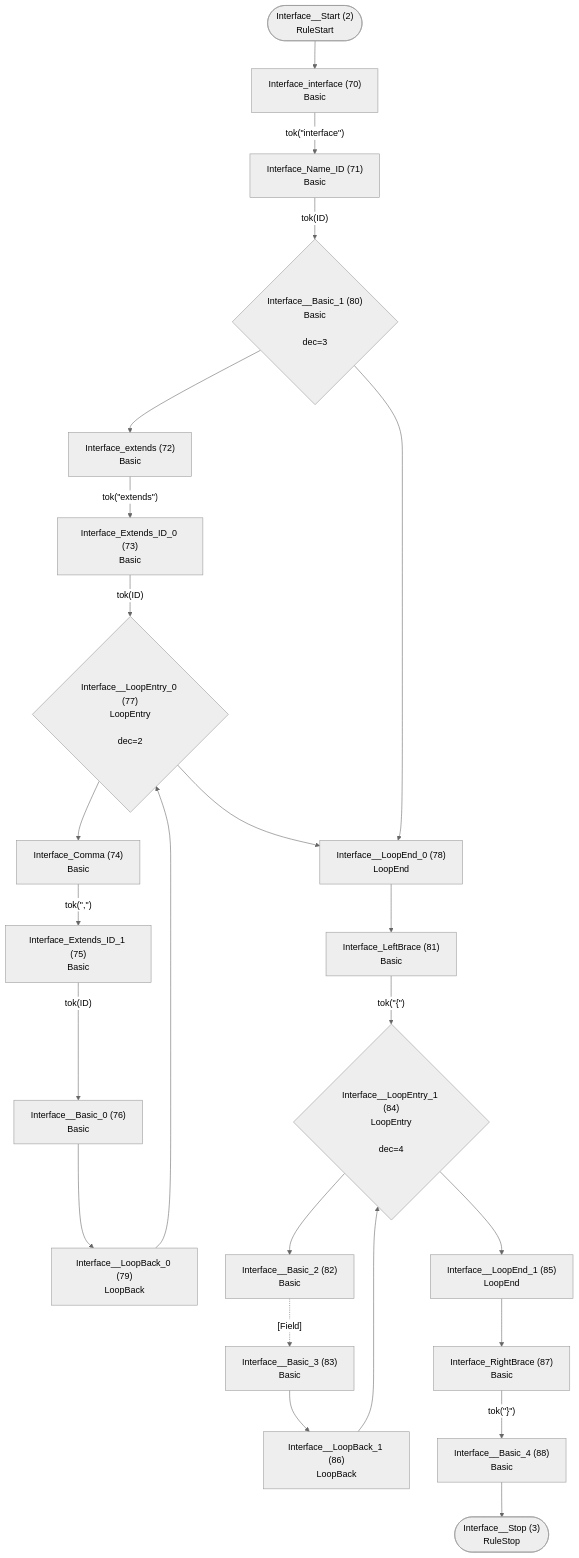
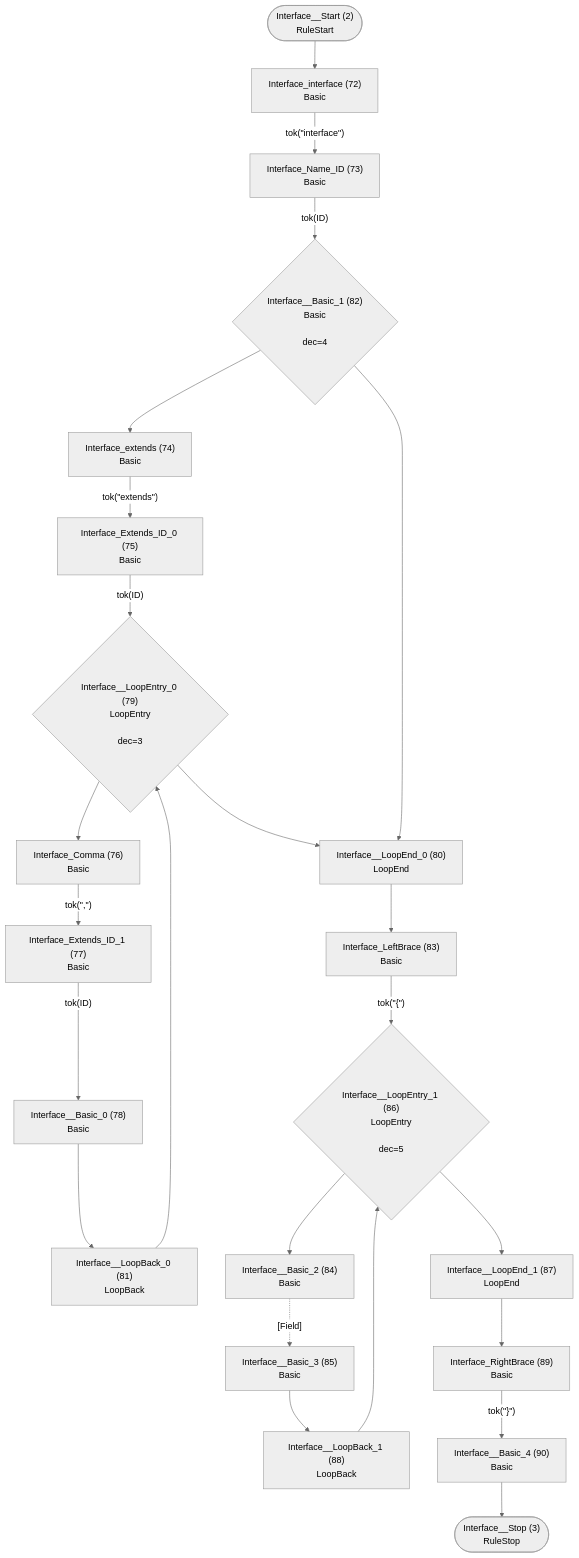
The second of 26 diagrams in internal/grammar/atn.md (TypeFox/fastbelt), drawn with Mermaid (neutral theme) before and after one commit. The commit also changed other lines of this file and 25 other files, not shown here.

````diff
--- a/internal/grammar/atn.md
+++ b/internal/grammar/atn.md
@@ -56,48 +61,48 @@
 ```mermaid
 flowchart TD
     q2(["Interface__Start (2)<br/>RuleStart"])
     q3(["Interface__Stop (3)<br/>RuleStop"])
-    q70["Interface_interface (70)<br/>Basic<br/>"]
-    q71["Interface_Name_ID (71)<br/>Basic<br/>"]
-    q72["Interface_extends (72)<br/>Basic<br/>"]
-    q73["Interface_Extends_ID_0 (73)<br/>Basic<br/>"]
-    q74["Interface_Comma (74)<br/>Basic<br/>"]
-    q75["Interface_Extends_ID_1 (75)<br/>Basic<br/>"]
-    q76["Interface__Basic_0 (76)<br/>Basic<br/>"]
-    q77{"Interface__LoopEntry_0 (77)<br/>LoopEntry<br/><br/>dec=2"}
-    q78["Interface__LoopEnd_0 (78)<br/>LoopEnd<br/>"]
-    q79["Interface__LoopBack_0 (79)<br/>LoopBack<br/>"]
-    q80{"Interface__Basic_1 (80)<br/>Basic<br/><br/>dec=3"}
-    q81["Interface_LeftBrace (81)<br/>Basic<br/>"]
-    q82["Interface__Basic_2 (82)<br/>Basic<br/>"]
-    q83["Interface__Basic_3 (83)<br/>Basic<br/>"]
-    q84{"Interface__LoopEntry_1 (84)<br/>LoopEntry<br/><br/>dec=4"}
-    q85["Interface__LoopEnd_1 (85)<br/>LoopEnd<br/>"]
-    q86["Interface__LoopBack_1 (86)<br/>LoopBack<br/>"]
-    q87["Interface_RightBrace (87)<br/>Basic<br/>"]
-    q88["Interface__Basic_4 (88)<br/>Basic<br/>"]
+    q72["Interface_interface (72)<br/>Basic<br/>"]
+    q73["Interface_Name_ID (73)<br/>Basic<br/>"]
+    q74["Interface_extends (74)<br/>Basic<br/>"]
+    q75["Interface_Extends_ID_0 (75)<br/>Basic<br/>"]
+    q76["Interface_Comma (76)<br/>Basic<br/>"]
+    q77["Interface_Extends_ID_1 (77)<br/>Basic<br/>"]
+    q78["Interface__Basic_0 (78)<br/>Basic<br/>"]
+    q79{"Interface__LoopEntry_0 (79)<br/>LoopEntry<br/><br/>dec=3"}
+    q80["Interface__LoopEnd_0 (80)<br/>LoopEnd<br/>"]
+    q81["Interface__LoopBack_0 (81)<br/>LoopBack<br/>"]
+    q82{"Interface__Basic_1 (82)<br/>Basic<br/><br/>dec=4"}
+    q83["Interface_LeftBrace (83)<br/>Basic<br/>"]
+    q84["Interface__Basic_2 (84)<br/>Basic<br/>"]
+    q85["Interface__Basic_3 (85)<br/>Basic<br/>"]
+    q86{"Interface__LoopEntry_1 (86)<br/>LoopEntry<br/><br/>dec=5"}
+    q87["Interface__LoopEnd_1 (87)<br/>LoopEnd<br/>"]
+    q88["Interface__LoopBack_1 (88)<br/>LoopBack<br/>"]
+    q89["Interface_RightBrace (89)<br/>Basic<br/>"]
+    q90["Interface__Basic_4 (90)<br/>Basic<br/>"]
 
-    q2 --> q70
-    q70 -->|"tok(&quot;interface&quot;)"| q71
-    q71 -->|"tok(ID)"| q80
-    q72 -->|"tok(&quot;extends&quot;)"| q73
-    q73 -->|"tok(ID)"| q77
-    q74 -->|"tok(&quot;,&quot;)"| q75
-    q75 -->|"tok(ID)"| q76
-    q76 --> q79
-    q77 --> q74
-    q77 --> q78
+    q2 --> q72
+    q72 -->|"tok(&quot;interface&quot;)"| q73
+    q73 -->|"tok(ID)"| q82
+    q74 -->|"tok(&quot;extends&quot;)"| q75
+    q75 -->|"tok(ID)"| q79
+    q76 -->|"tok(&quot;,&quot;)"| q77
+    q77 -->|"tok(ID)"| q78
     q78 --> q81
-    q79 --> q77
-    q80 --> q72
-    q80 --> q78
-    q81 -->|"tok(&quot;{&quot;)"| q84
-    q82 -.->|"[Field]"| q83
-    q83 --> q86
-    q84 --> q82
-    q84 --> q85
-    q85 --> q87
+    q79 --> q76
+    q79 --> q80
+    q80 --> q83
+    q81 --> q79
+    q82 --> q74
+    q82 --> q80
+    q83 -->|"tok(&quot;{&quot;)"| q86
+    q84 -.->|"[Field]"| q85
+    q85 --> q88
     q86 --> q84
-    q87 -->|"tok(&quot;}&quot;)"| q88
-    q88 --> q3
+    q86 --> q87
+    q87 --> q89
+    q88 --> q86
+    q89 -->|"tok(&quot;}&quot;)"| q90
+    q90 --> q3
 ```
````
